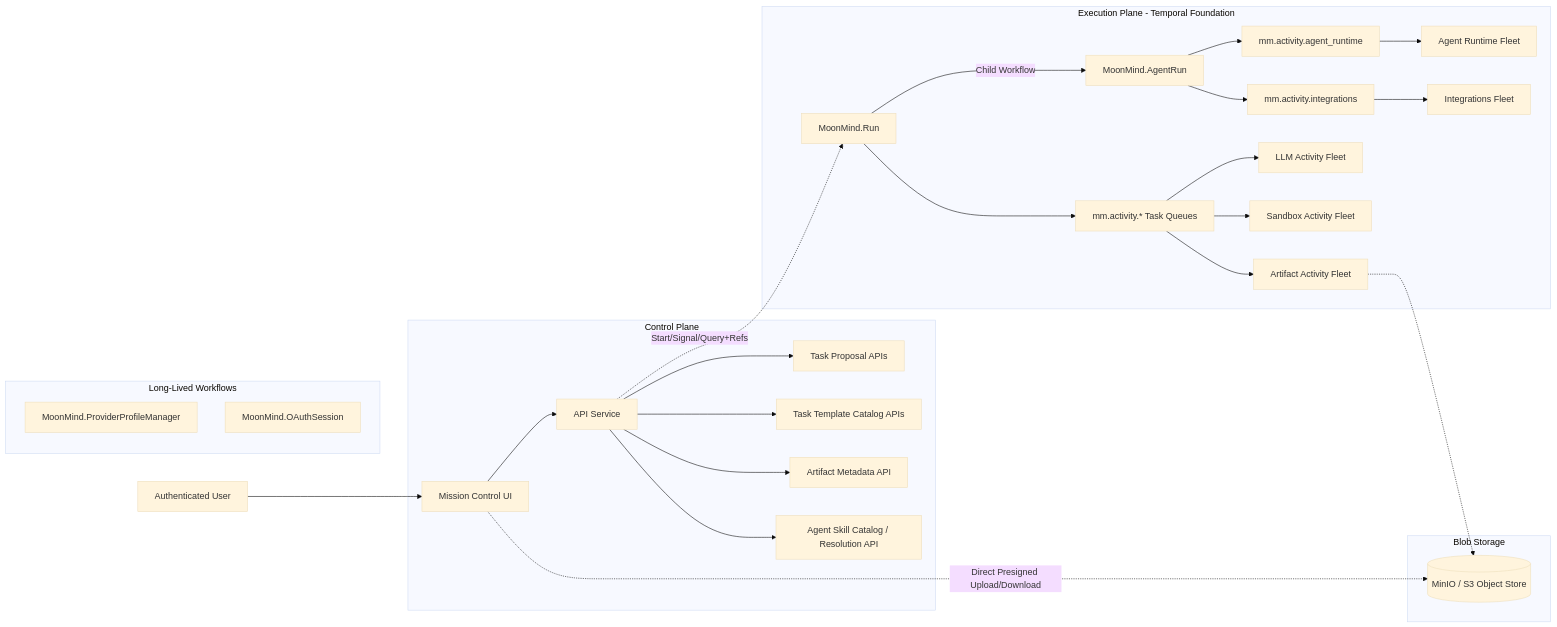
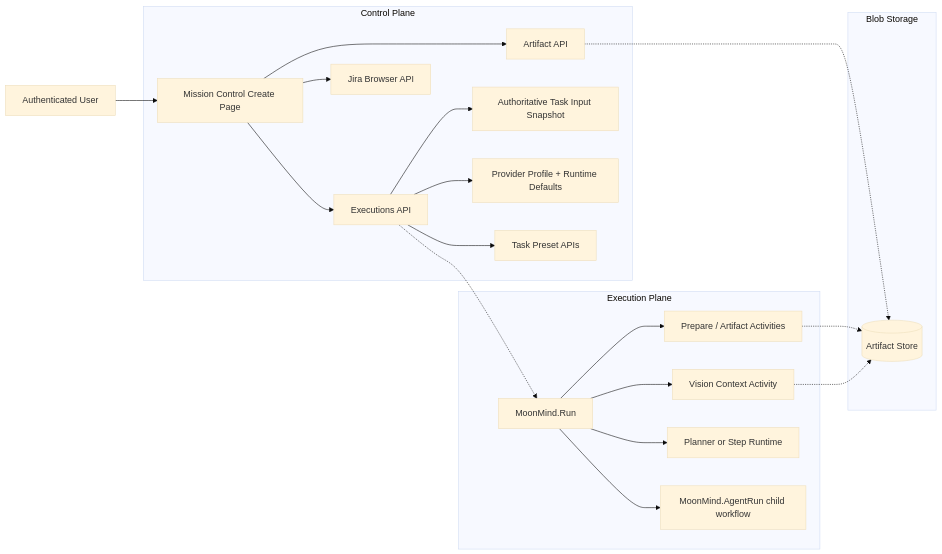
Before and after one commit to MoonLadderStudios/MoonMind: the diagram in docs/Tasks/TaskArchitecture.md, drawn with Mermaid (base theme). The commit also changed other lines of this file and 2 other files, not shown here.

Commit message:
Document image input task contracts

````diff
--- a/docs/Tasks/TaskArchitecture.md
+++ b/docs/Tasks/TaskArchitecture.md
@@ -38,35 +98,27 @@
 ```mermaid
 flowchart LR
-    U[Authenticated User] --> D[Mission Control UI]
+    U[Authenticated User] --> UI[Mission Control Create Page]
 
     subgraph Control Plane
-        D --> A[API Service]
-        A --> P[Task Proposal APIs]
-        A --> T[Task Template Catalog APIs]
-        A --> C[Artifact Metadata API]
-        A --> S[Agent Skill Catalog / Resolution API]
+        UI --> API[Executions API]
+        UI --> ART[Artifact API]
+        UI --> JIRA[Jira Browser API]
+        API --> SNAP[Authoritative Task Input Snapshot]
+        API --> PROF[Provider Profile + Runtime Defaults]
+        API --> PRESETS[Task Preset APIs]
     end
 
-    subgraph Execution Plane - Temporal Foundation
-        A -.->|Start/Signal/Query+Refs| WF[MoonMind.Run]
-        WF -->|Child Workflow| AR[MoonMind.AgentRun]
-        WF --> Q[mm.activity.* Task Queues]
-        AR --> Q_RT[mm.activity.agent_runtime]
-        AR --> Q_INT[mm.activity.integrations]
-        Q --> W_LLM[LLM Activity Fleet]
-        Q --> W_SB[Sandbox Activity Fleet]
-        Q --> W_ART[Artifact Activity Fleet]
-        Q_RT --> W_AGT[Agent Runtime Fleet]
-        Q_INT --> W_INT[Integrations Fleet]
-    end
-
-    subgraph Long-Lived Workflows
-        PPM[MoonMind.ProviderProfileManager]
-        OA[MoonMind.OAuthSession]
+    subgraph Execution Plane
+        API -.-> RUN[MoonMind.Run]
+        RUN --> PREP[Prepare / Artifact Activities]
+        RUN --> VISION[Vision Context Activity]
+        RUN --> STEP[Planner or Step Runtime]
+        RUN --> CHILD[MoonMind.AgentRun child workflow]
     end
 
     subgraph Blob Storage
-        D -.->|Direct Presigned Upload/Download| S3[(MinIO / S3 Object Store)]
-        W_ART -.-> S3
+        ART -.-> S3[(Artifact Store)]
+        PREP -.-> S3
+        VISION -.-> S3
     end
 ```
````
